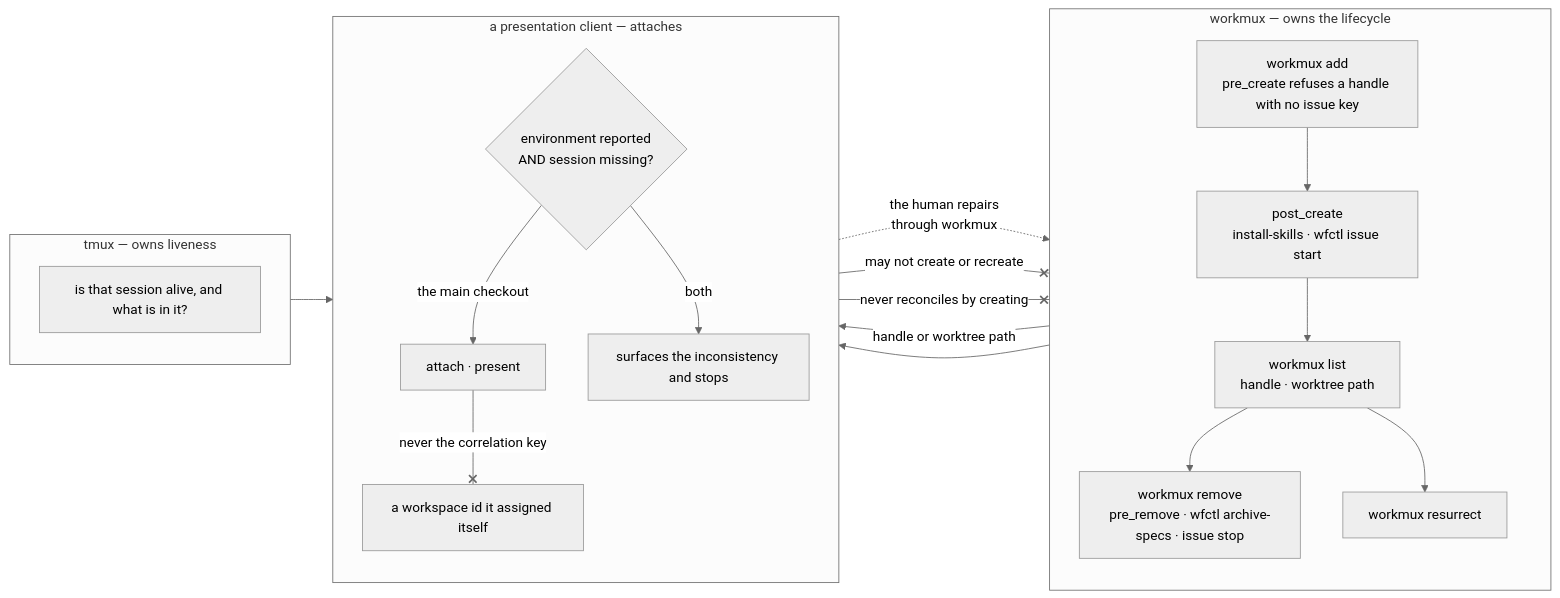
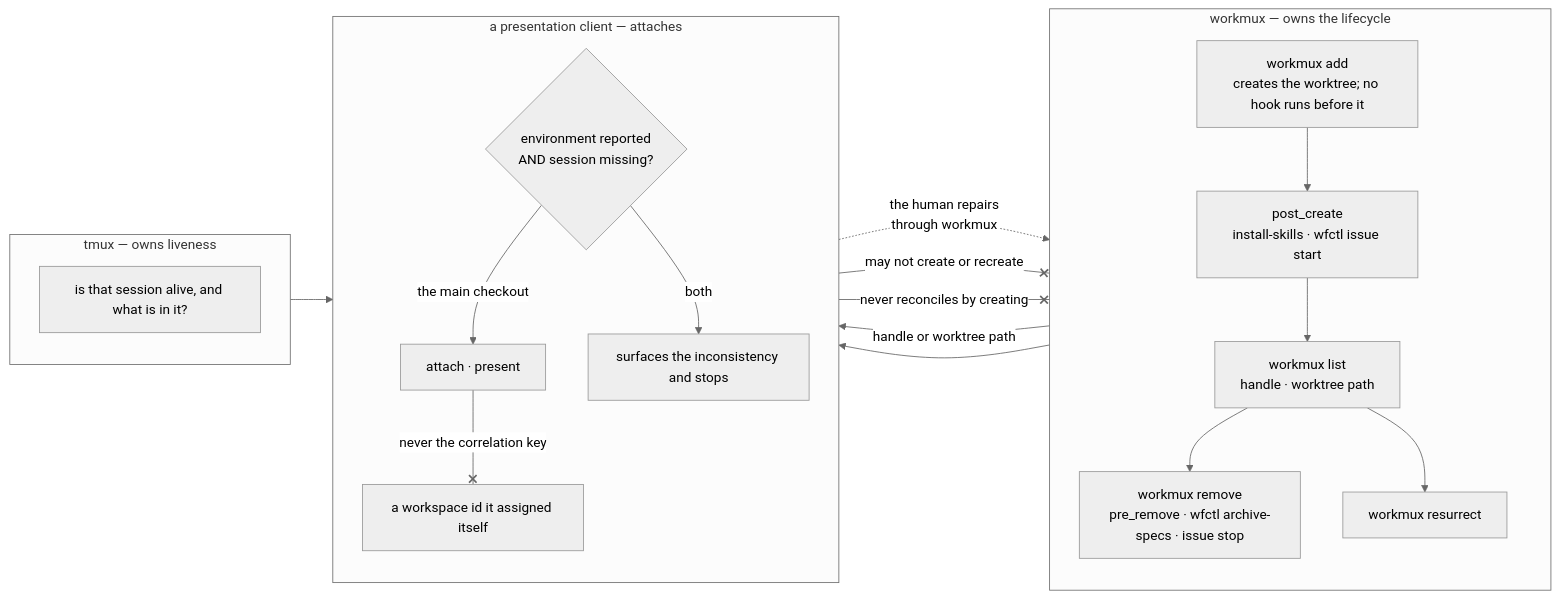
One commit to aamarin/wfctl changed the diagram in docs/architecture/a-client-attaches-to-a-runtime-it-never-owns.md. Above: the diagram before and after it, drawn with Mermaid (neutral theme). The commit also changed other lines of this file and 13 other files, not shown here.

````diff
--- a/docs/architecture/a-client-attaches-to-a-runtime-it-never-owns.md
+++ b/docs/architecture/a-client-attaches-to-a-runtime-it-never-owns.md
@@ -144,33 +144,33 @@
 ```mermaid
 flowchart LR
     subgraph workmux["workmux — owns the lifecycle"]
         direction TB
-        C["workmux add<br>pre_create refuses a handle with no issue key"]
+        C["workmux add<br>creates the worktree; no hook runs before it"]
         P["post_create<br>install-skills · wfctl issue start"]
         L["workmux list<br>handle · worktree path"]
         R["workmux remove<br>pre_remove · wfctl archive-specs · issue stop"]
         V["workmux resurrect"]
         C --> P --> L --> R
         L --> V
     end
     subgraph tmux["tmux — owns liveness"]
         direction TB
         S["is that session alive, and what is in it?"]
     end
     subgraph client["a presentation client — attaches"]
         direction TB
         A["attach · present"]
         G{"environment reported<br>AND session missing?"}
         I["surfaces the inconsistency and stops"]
         K["a workspace id it assigned itself"]
     end
     L -->|"handle or worktree path"| A
     L --> G
     S --> G
     G -->|"both"| I
     G -->|"the main checkout"| A
     I -.->|"the human repairs<br>through workmux"| V
     A --x|"may not create or recreate"| C
     I --x|"never reconciles by creating"| C
     A --x|"never the correlation key"| K
 ```
````
